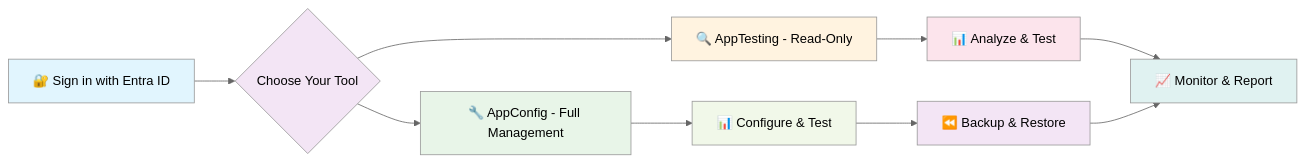
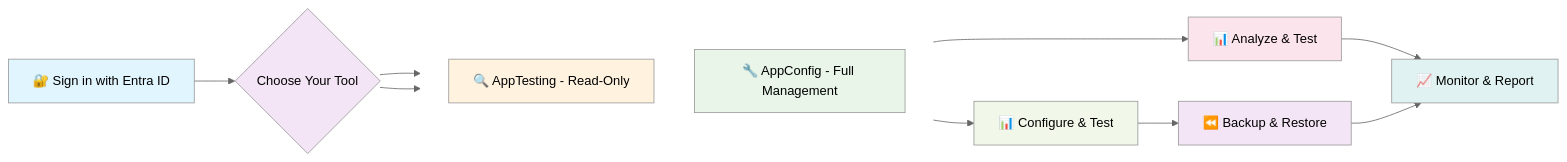
One commit to AppConfig-Org/AppConfig-Squared changed the diagram in README.md. Above: the diagram before and after it, drawn with Mermaid (neutral theme).

Commit message:
Updated files: README.md

````diff
--- a/README.md
+++ b/README.md
@@ -114,20 +114,32 @@
 ```mermaid
-graph LR
+flowchart LR
     A[🔐 Sign in with Entra ID] --> B{Choose Your Tool}
-    B --> C[🔧 AppConfig - Full Management]
-    B --> D[🔍 AppTesting - Read-Only]
+
+    %% Vertically stack tool choices (AppTesting above AppConfig)
+    subgraph S[ ]
+      direction TB
+      D[🔍 AppTesting - Read-Only]
+      C[🔧 AppConfig - Full Management]
+    end
+    style S fill:transparent,stroke:transparent
+
+    B --> D
+    B --> C
+
+    %% Paths
+    D --> F[📊 Analyze & Test]
     C --> E[📊 Configure & Test]
-    D --> F[📊 Analyze & Test]
     E --> G[⏪ Backup & Restore]
     F --> H[📈 Monitor & Report]
     G --> H
-    
+
+    %% Styling
     style A fill:#e1f5fe
     style B fill:#f3e5f5
     style C fill:#e8f5e8
     style D fill:#fff3e0
     style E fill:#f1f8e9
     style F fill:#fce4ec
     style G fill:#f3e5f5
     style H fill:#e0f2f1
 ```
````
